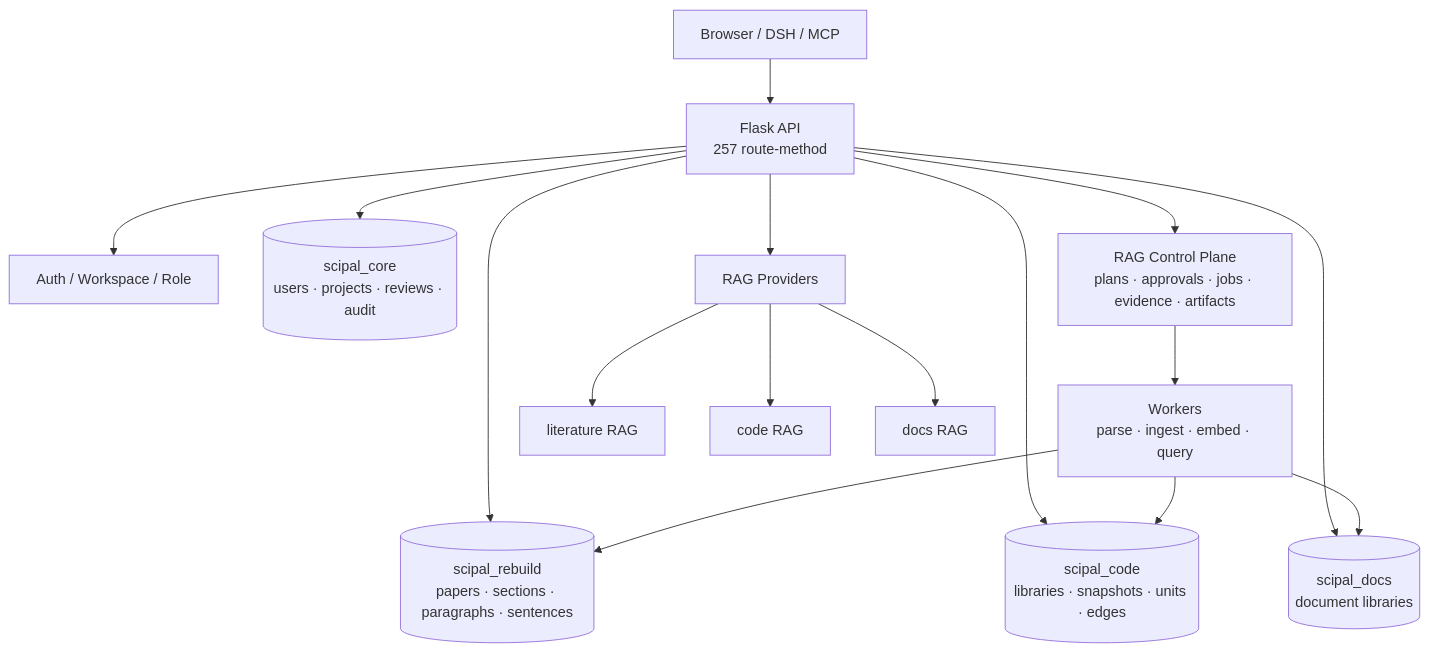
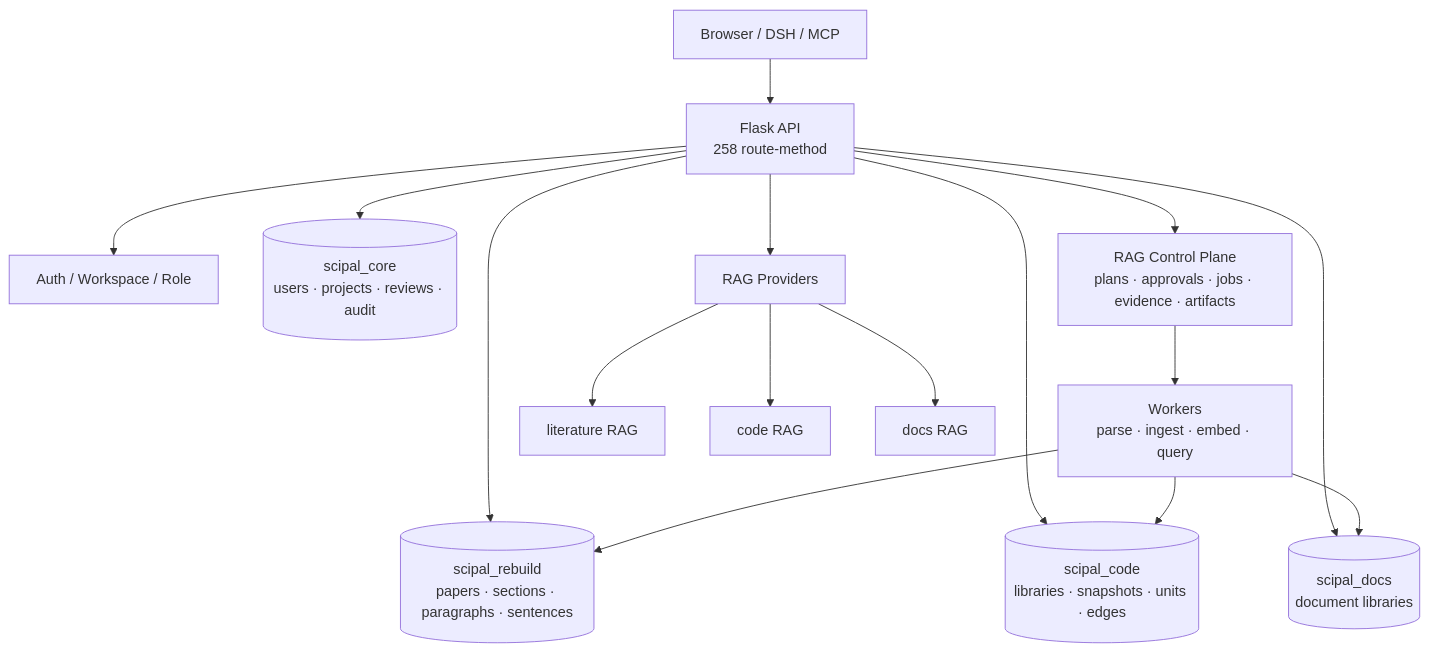
The first of 2 diagrams in README.md (williamchen520/sci-pal), drawn with Mermaid before and after one commit. The commit also changed other lines of this file and 9 other files, not shown here.

````diff
--- a/README.md
+++ b/README.md
@@ -77,20 +77,20 @@
 ```mermaid
 flowchart TB
-    U["Browser / DSH / MCP"] --> API["Flask API<br/>257 route-method"]
+    U["Browser / DSH / MCP"] --> API["Flask API<br/>258 route-method"]
     API --> AUTH["Auth / Workspace / Role"]
     API --> CORE[("scipal_core<br/>users · projects · reviews · audit")]
     API --> CORPUS[("scipal_rebuild<br/>papers · sections · paragraphs · sentences")]
     API --> CODE[("scipal_code<br/>libraries · snapshots · units · edges")]
     API --> DOCS[("scipal_docs<br/>document libraries")]
 
     API --> CP["RAG Control Plane<br/>plans · approvals · jobs · evidence · artifacts"]
     CP --> WORKER["Workers<br/>parse · ingest · embed · query"]
     WORKER --> CORPUS
     WORKER --> CODE
     WORKER --> DOCS
 
     API --> PROV["RAG Providers"]
     PROV --> LIT["literature RAG"]
     PROV --> CRAG["code RAG"]
     PROV --> DRAG["docs RAG"]
 ```
````
